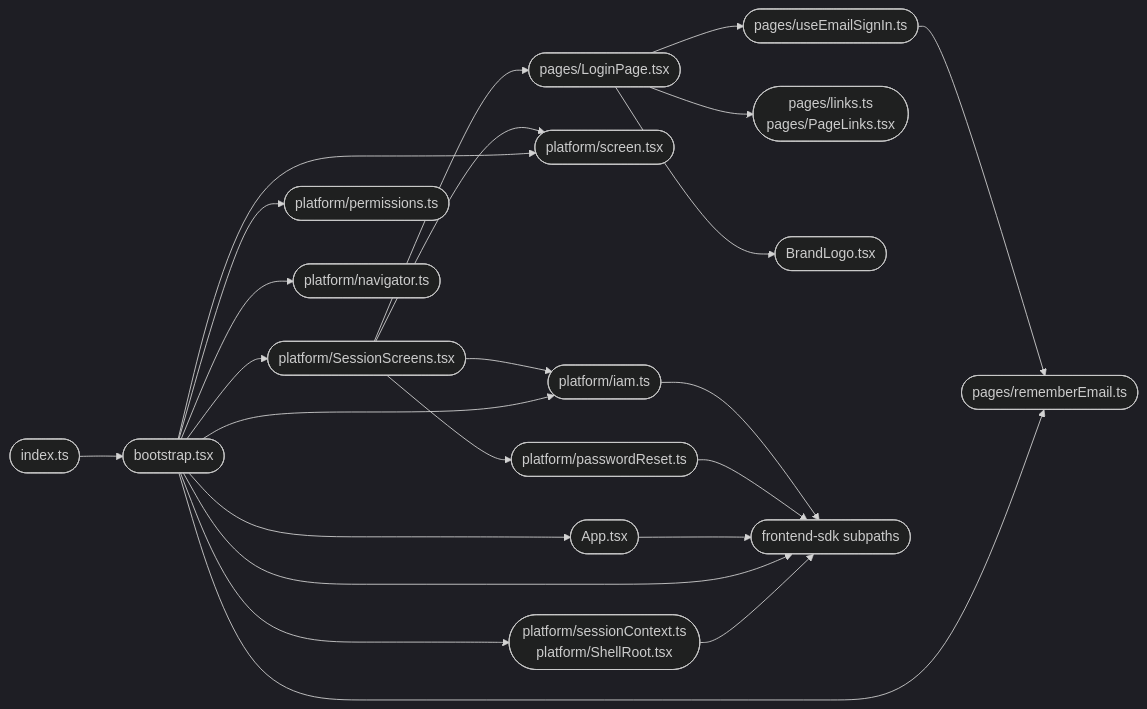
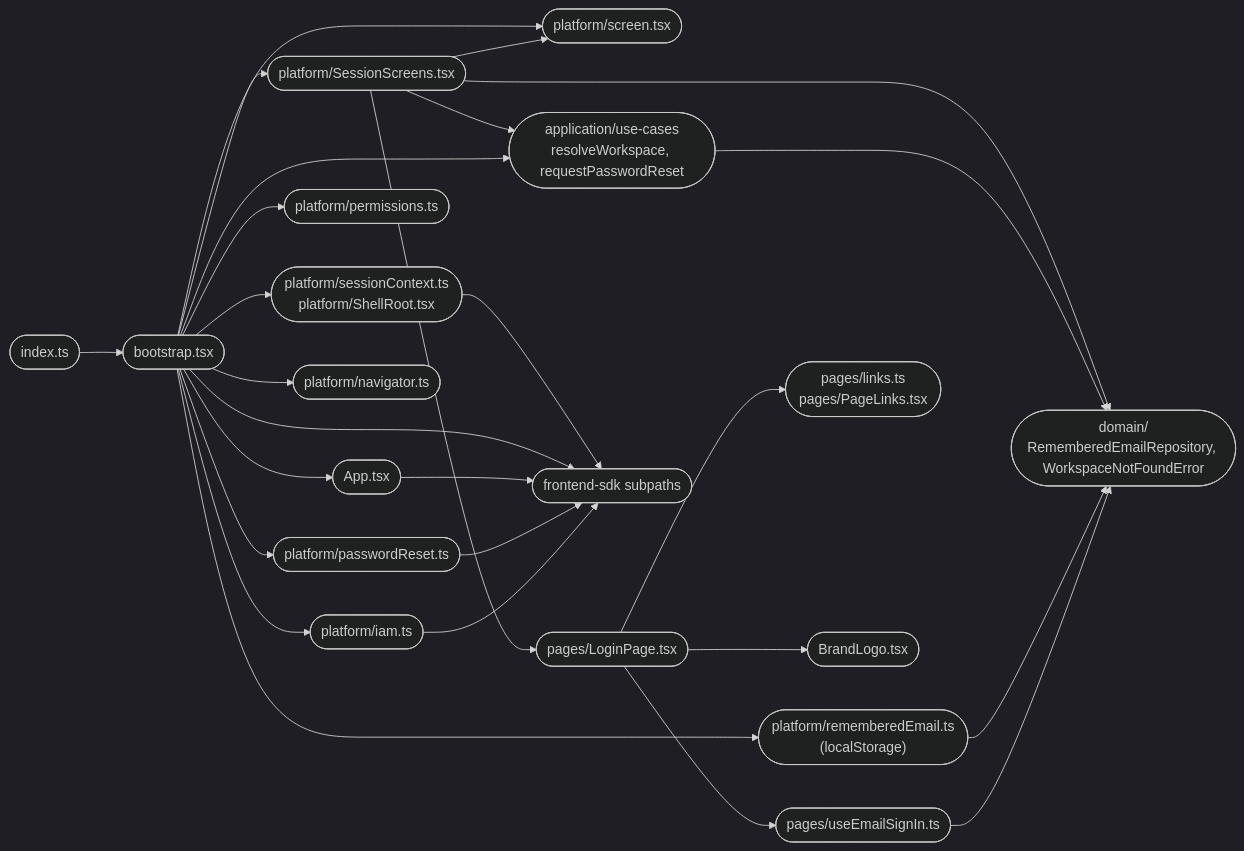
Before and after one commit to BCBP-SOLUTIONS-FZC-LLC/web-shell: the diagram in docs/architecture/mermaid/package-dependencies.mmd, drawn with Mermaid (dark theme). The commit also changed 26 other files, not shown here.

First line of the commit message:
Give presentation use cases and a repository instead of storage, IAM and navigation. (#46)

```diff
--- a/docs/architecture/mermaid/package-dependencies.mmd
+++ b/docs/architecture/mermaid/package-dependencies.mmd
@@ -1,40 +1,46 @@
 graph LR
     index(["index.ts"])
     boot(["bootstrap.tsx"])
     app(["App.tsx"])
     screens(["platform/SessionScreens.tsx"])
     screen(["platform/screen.tsx"])
     iam(["platform/iam.ts"])
     perms(["platform/permissions.ts"])
     ctx(["platform/sessionContext.ts\nplatform/ShellRoot.tsx"])
     nav(["platform/navigator.ts"])
     login(["pages/LoginPage.tsx"])
     hook(["pages/useEmailSignIn.ts"])
-    remember(["pages/rememberEmail.ts"])
+    remember(["platform/rememberedEmail.ts\n(localStorage)"])
+    usecases(["application/use-cases\nresolveWorkspace, requestPasswordReset"])
+    domain(["domain/\nRememberedEmailRepository, WorkspaceNotFoundError"])
     links(["pages/links.ts\npages/PageLinks.tsx"])
     reset(["platform/passwordReset.ts"])
     logo(["BrandLogo.tsx"])
     sdk(["frontend-sdk subpaths"])
 
     index --> boot
     boot --> app
     boot --> screens
     boot --> screen
     boot --> iam
     boot --> perms
     boot --> ctx
     boot --> nav
     ctx --> sdk
     boot --> remember
     boot --> sdk
     app --> sdk
     screens --> login
-    screens --> iam
+    screens --> usecases
+    screens --> domain
     screens --> screen
-    screens --> reset
+    boot --> usecases
+    boot --> reset
+    usecases --> domain
+    remember --> domain
     reset --> sdk
     login --> hook
     login --> logo
     login --> links
-    hook --> remember
+    hook --> domain
     iam --> sdk
```
